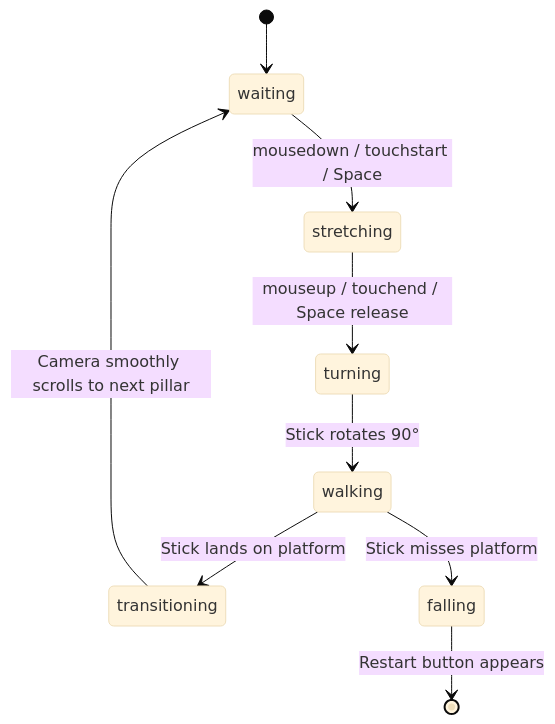
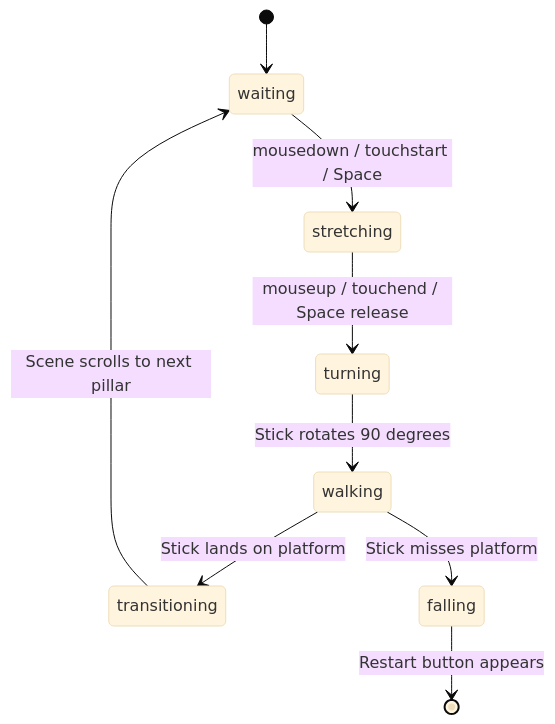
Before and after one commit to Sunil56224972/stick-man: the diagram in README.md, drawn with Mermaid (base theme). The commit also changed other lines of this file, not shown here.

````diff
--- a/README.md
+++ b/README.md
@@ -143,11 +117,11 @@
 ```mermaid
 stateDiagram-v2
     [*] --> waiting
     waiting --> stretching : mousedown / touchstart / Space
     stretching --> turning : mouseup / touchend / Space release
-    turning --> walking : Stick rotates 90°
+    turning --> walking : Stick rotates 90 degrees
     walking --> transitioning : Stick lands on platform
     walking --> falling : Stick misses platform
-    transitioning --> waiting : Camera smoothly scrolls to next pillar
+    transitioning --> waiting : Scene scrolls to next pillar
     falling --> [*] : Restart button appears
 ```
````
